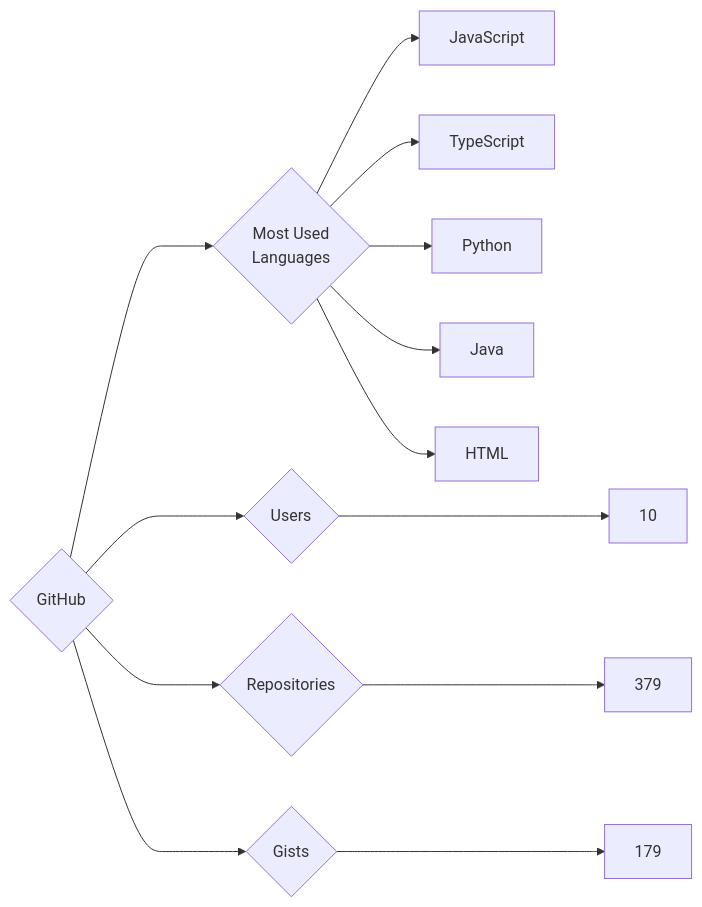
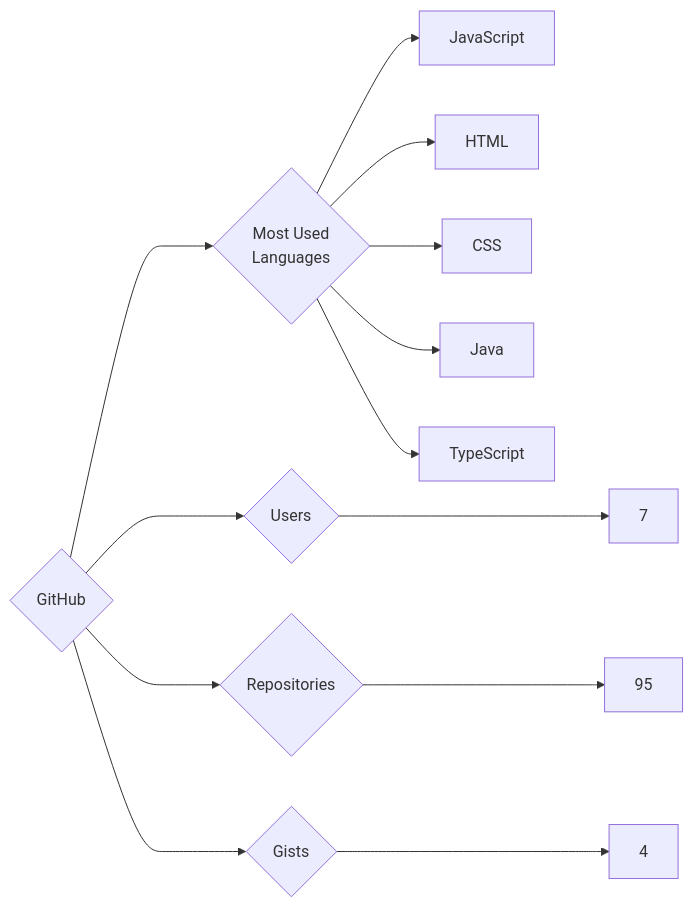
The diagram in targets/GitHub/README.md (trickest/insiders), drawn with Mermaid before and after one commit. The commit also changed 776 other files, not shown here.

````diff
--- a/targets/GitHub/README.md
+++ b/targets/GitHub/README.md
@@ -3,13 +3,13 @@
 ```mermaid
 graph LR
 COMPANY_NAME{GitHub}
-COMPANY_NAME ---> U{Users} ---> UN[10]
-COMPANY_NAME ---> R{Repositories} ---> RN[379]
-COMPANY_NAME ---> G{Gists} ---> GN[179]
+COMPANY_NAME ---> U{Users} ---> UN[7]
+COMPANY_NAME ---> R{Repositories} ---> RN[95]
+COMPANY_NAME ---> G{Gists} ---> GN[4]
 COMPANY_NAME ---> ML{Most Used<br>Languages}
 ML --> JavaScript[JavaScript]
+ML --> HTML[HTML]
+ML --> CSS[CSS]
+ML --> Java[Java]
 ML --> TypeScript[TypeScript]
-ML --> Python[Python]
-ML --> Java[Java]
-ML --> HTML[HTML]
 ```
````
